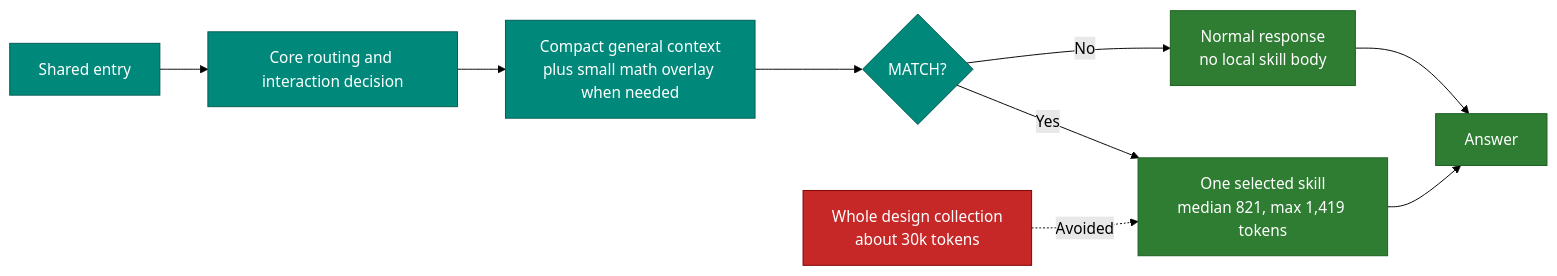
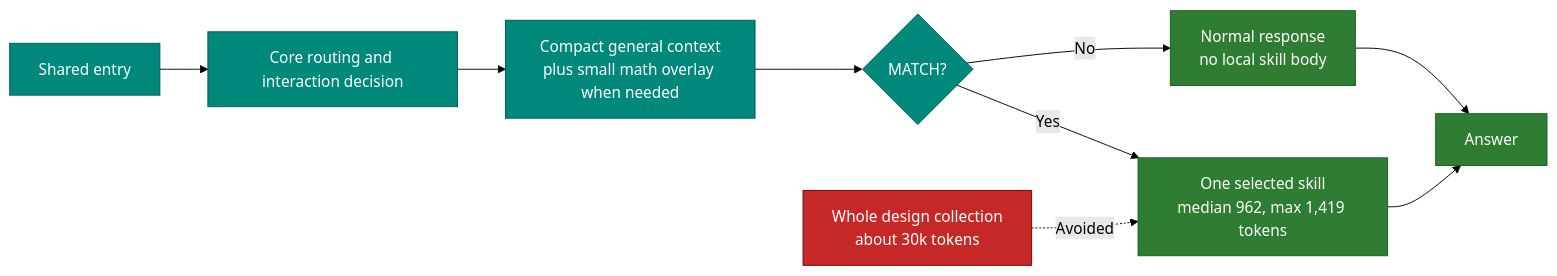
One commit to geekybobz/skills_ai changed the first of 2 diagrams in docs/human/05_SPEED_AND_TROUBLESHOOTING.md. Above: the diagram before and after it, drawn with Mermaid (forest theme). The commit also changed other lines of this file and 34 other files, not shown here.

````diff
--- a/docs/human/05_SPEED_AND_TROUBLESHOOTING.md
+++ b/docs/human/05_SPEED_AND_TROUBLESHOOTING.md
@@ -13,18 +13,18 @@
 ```mermaid
 flowchart LR
     E["Shared entry"] --> R["Core routing and interaction decision"]
     R --> P["Compact general context<br/>plus small math overlay when needed"]
     P --> M{"MATCH?"}
     M -- "No" --> N["Normal response<br/>no local skill body"]
-    M -- "Yes" --> S["One selected skill<br/>median 821, max 1,419 tokens"]
+    M -- "Yes" --> S["One selected skill<br/>median 962, max 1,419 tokens"]
     N --> A["Answer"]
     S --> A
     WHOLE["Whole design collection<br/>about 30k tokens"] -. "Avoided" .-> S
 
     classDef measure fill:#00897B,color:#fff,stroke:#005B52
     classDef safe fill:#2E7D32,color:#fff,stroke:#1B5E20
     classDef avoided fill:#C62828,color:#fff,stroke:#7F0000
     class E,R,P,M measure
     class N,S,A safe
     class WHOLE avoided
 ```
````
